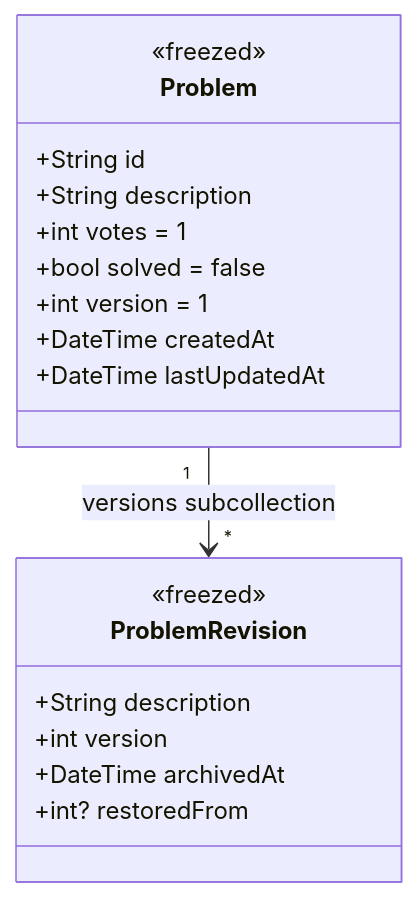
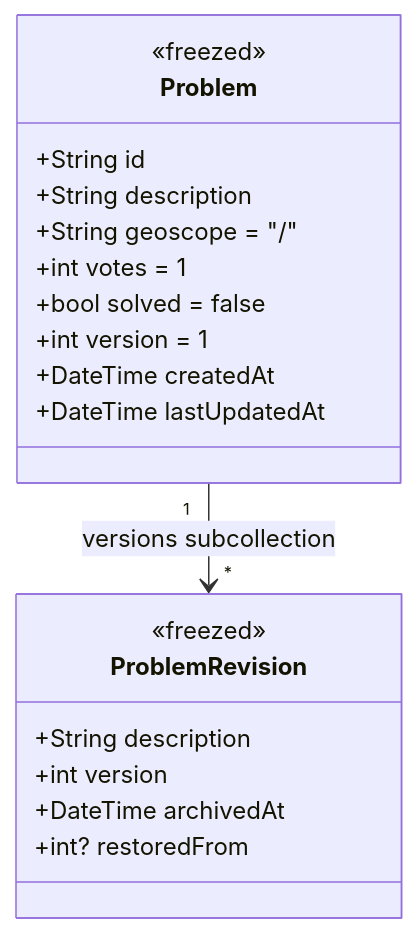
The second of 10 diagrams in ARCHITECTURE.md (adsouza/votasq), drawn with Mermaid before and after one commit. The commit also changed other lines of this file, not shown here.

````diff
--- a/ARCHITECTURE.md
+++ b/ARCHITECTURE.md
@@ -33,23 +33,24 @@
 ```mermaid
 classDiagram
     class Problem {
         <<freezed>>
         +String id
         +String description
+        +String geoscope = "/"
         +int votes = 1
         +bool solved = false
         +int version = 1
         +DateTime createdAt
         +DateTime lastUpdatedAt
     }
 
     class ProblemRevision {
         <<freezed>>
         +String description
         +int version
         +DateTime archivedAt
         +int? restoredFrom
     }
 
     Problem "1" --> "*" ProblemRevision : versions subcollection
 ```
````
